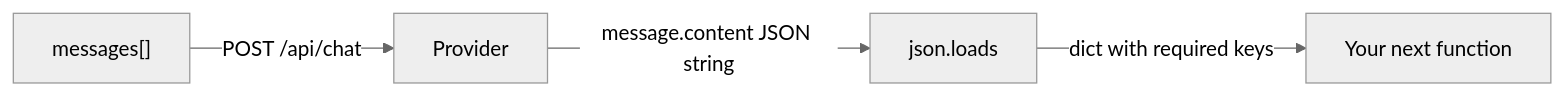
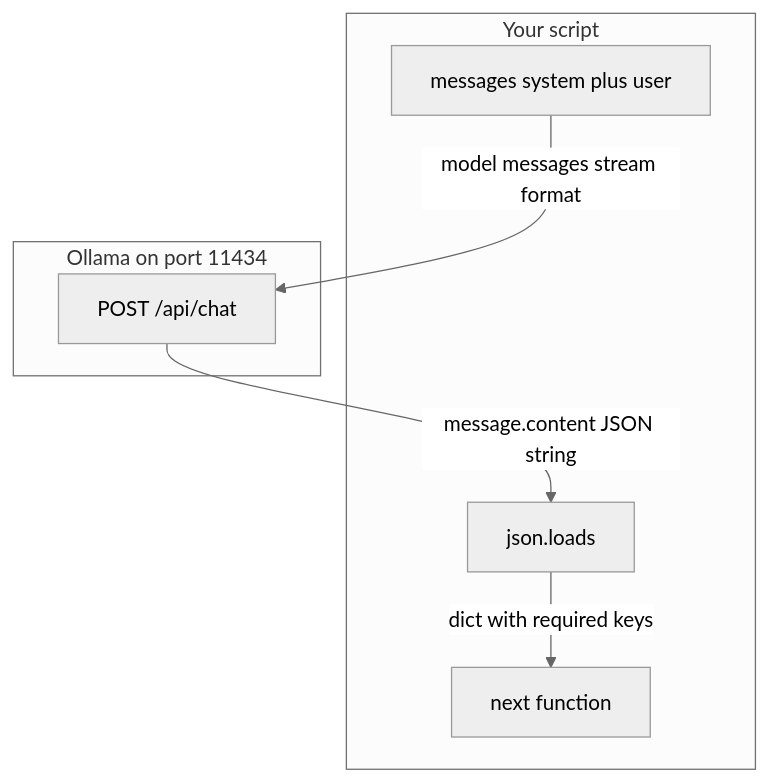
One commit to jacobbweber/AgenticAI-Labs changed the diagram in education/02_the_contract/00_messages_and_json.md. Above: the diagram before and after it, drawn with Mermaid (neutral theme). The commit also changed other lines of this file, not shown here.

````diff
--- a/education/02_the_contract/00_messages_and_json.md
+++ b/education/02_the_contract/00_messages_and_json.md
@@ -31,6 +39,14 @@
 ```mermaid
-flowchart LR
-    A["messages[]"] -->|"POST /api/chat"| B["Provider"]
-    B -->|"message.content JSON string"| C["json.loads"]
-    C -->|"dict with required keys"| D["Your next function"]
+flowchart TD
+    subgraph ch02_script [Your script]
+        M["messages system plus user"]
+        P["json.loads"]
+        N["next function"]
+    end
+    subgraph ch02_host [Ollama on port 11434]
+        C["POST /api/chat"]
+    end
+    M -->|"model messages stream format"| C
+    C -->|"message.content JSON string"| P
+    P -->|"dict with required keys"| N
 ```
````
